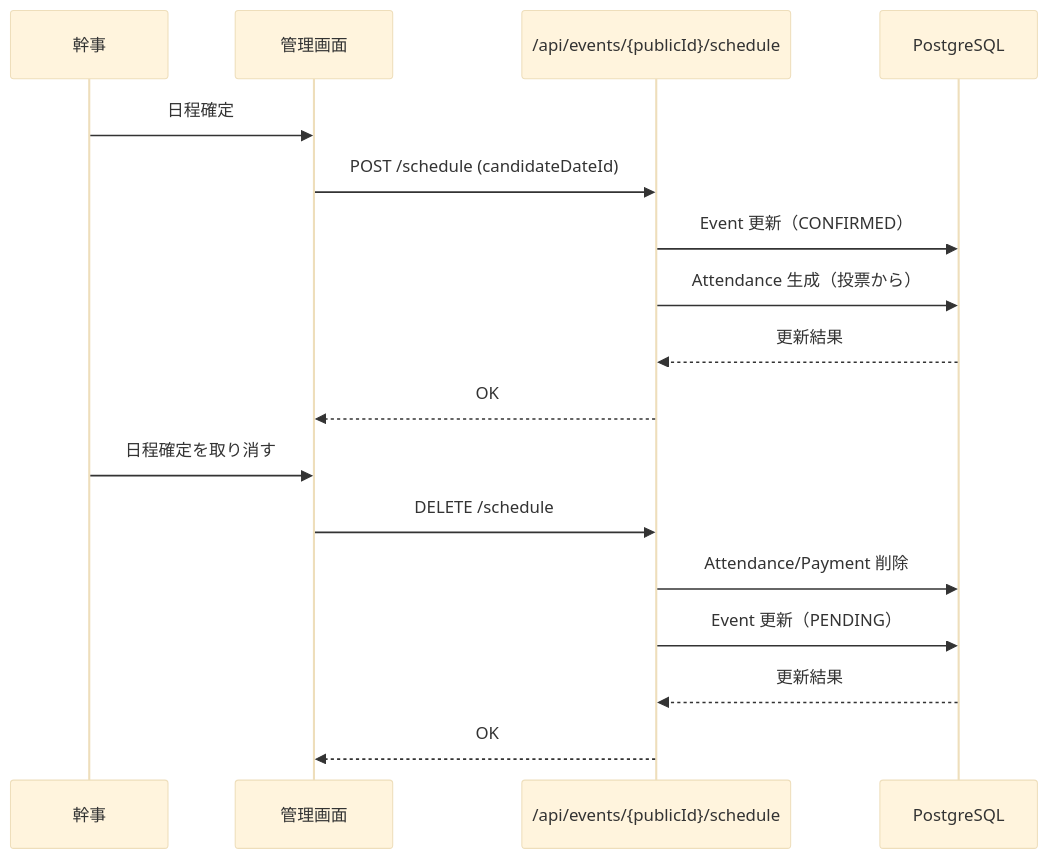
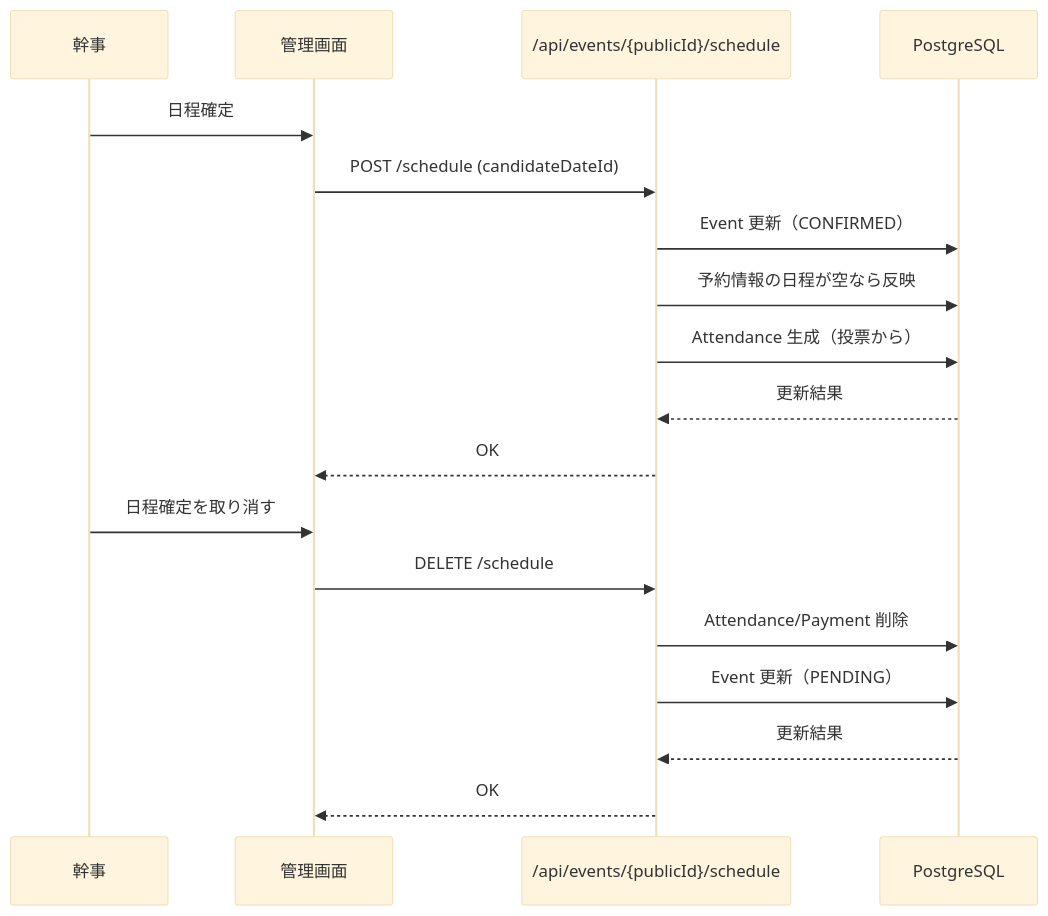
The diagram in docs/diagrams/flow-schedule.md (tojiinoue/kanjikun), drawn with Mermaid (base theme) before and after one commit. The commit also changed 48 other files, not shown here.

````diff
--- a/docs/diagrams/flow-schedule.md
+++ b/docs/diagrams/flow-schedule.md
@@ -3,21 +3,22 @@
 ```mermaid
 sequenceDiagram
   participant A as 幹事
   participant UI as 管理画面
   participant API as /api/events/{publicId}/schedule
   participant DB as PostgreSQL
 
   A->>UI: 日程確定
   UI->>API: POST /schedule (candidateDateId)
   API->>DB: Event 更新（CONFIRMED）
+  API->>DB: 予約情報の日程が空なら反映
   API->>DB: Attendance 生成（投票から）
   DB-->>API: 更新結果
   API-->>UI: OK
 
   A->>UI: 日程確定を取り消す
   UI->>API: DELETE /schedule
   API->>DB: Attendance/Payment 削除
   API->>DB: Event 更新（PENDING）
   DB-->>API: 更新結果
   API-->>UI: OK
 ```
````
